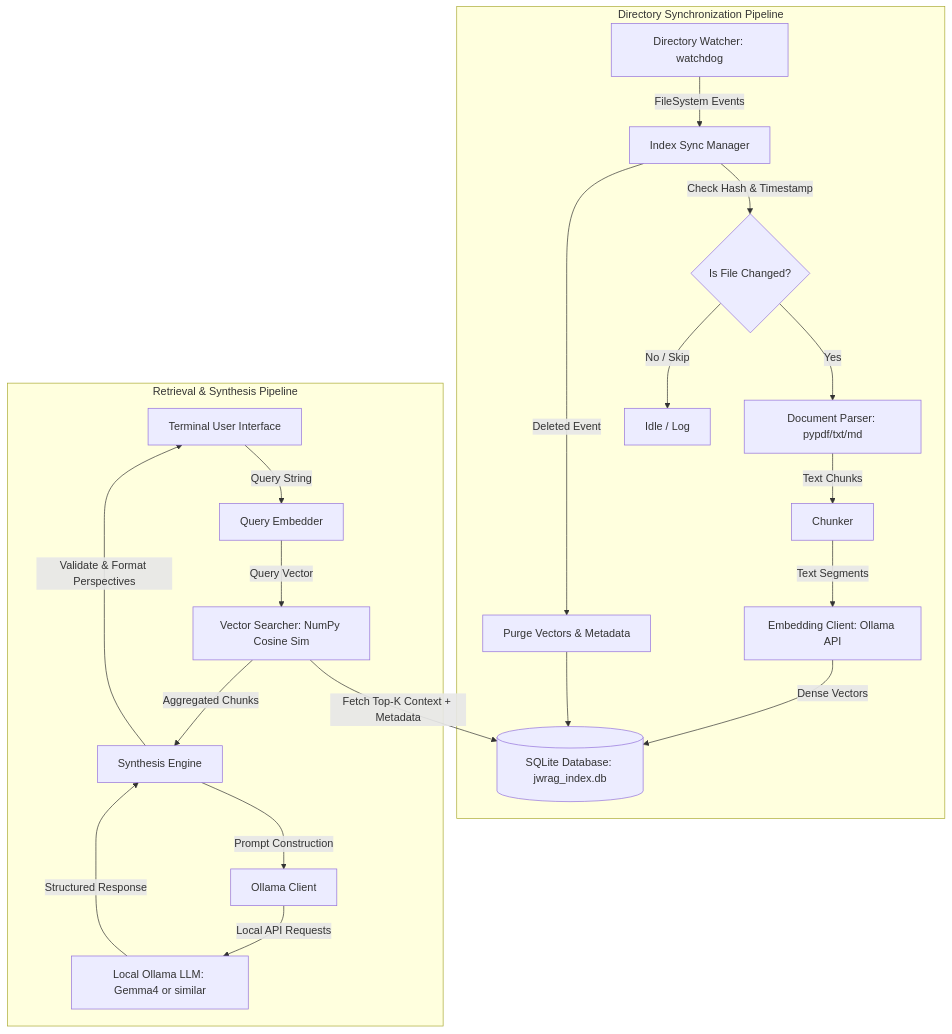
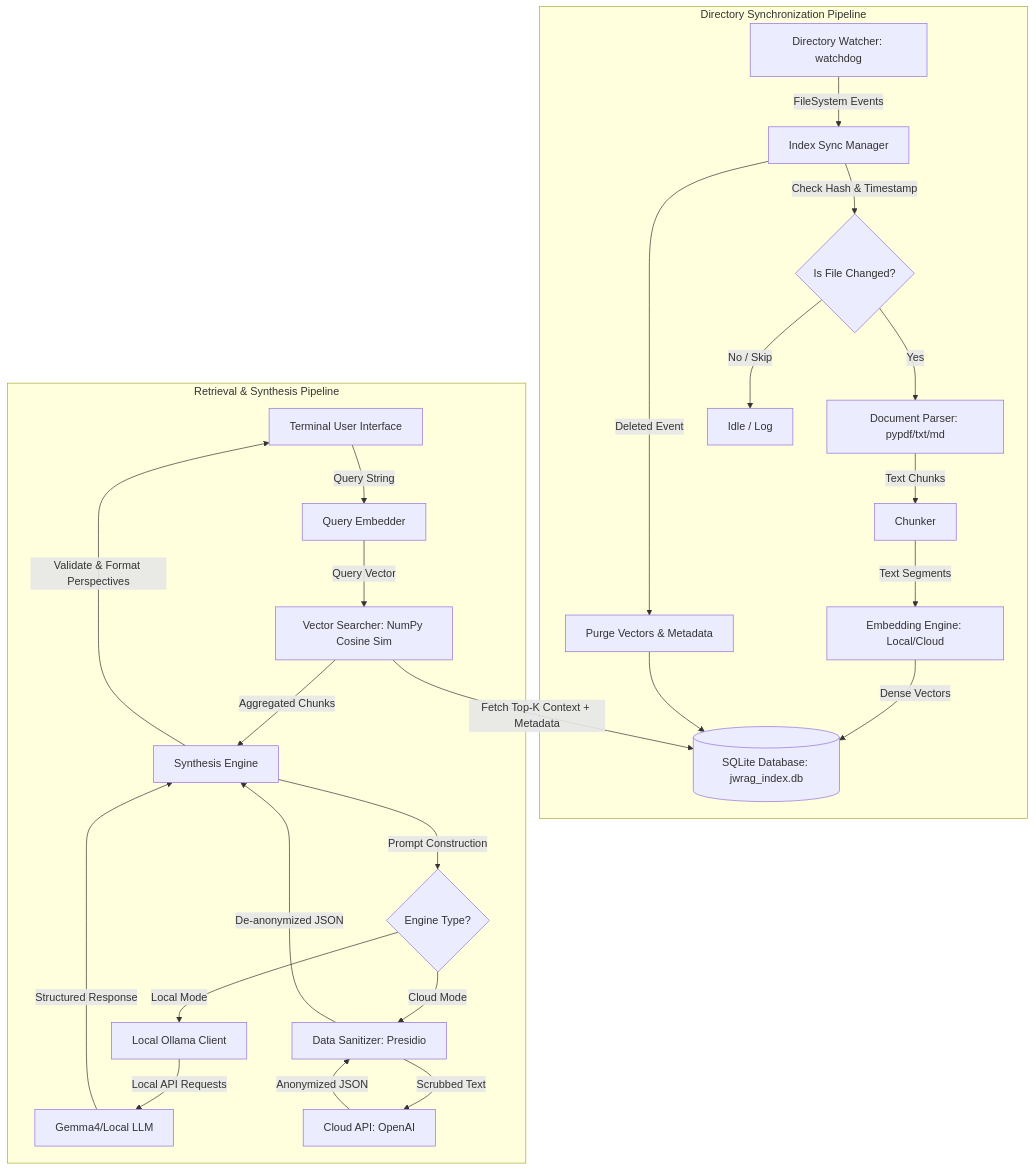
The diagram in README.md (codeja3/jwrag), drawn with Mermaid before and after one commit.

Commit message:
docs: update Mermaid diagram to reflect cloud and local routing

````diff
--- a/README.md
+++ b/README.md
@@ -37,25 +37,33 @@
 ```mermaid
 graph TD
     subgraph Synchronizer [Directory Synchronization Pipeline]
         Watch[Directory Watcher: watchdog] -->|FileSystem Events| SyncMgr[Index Sync Manager]
         SyncMgr -->|Check Hash & Timestamp| DBCheck{Is File Changed?}
         DBCheck -->|Yes| Parse[Document Parser: pypdf/txt/md]
         DBCheck -->|No / Skip| Idle[Idle / Log]
         Parse -->|Text Chunks| Chunk[Chunker]
-        Chunk -->|Text Segments| Embed[Embedding Client: Ollama API]
+        Chunk -->|Text Segments| Embed[Embedding Engine: Local/Cloud]
         Embed -->|Dense Vectors| SQLite[(SQLite Database: jwrag_index.db)]
         SyncMgr -->|Deleted Event| Purge[Purge Vectors & Metadata]
         Purge --> SQLite
     end
 
     subgraph QueryEngine [Retrieval & Synthesis Pipeline]
         TUI[Terminal User Interface] -->|Query String| QueryEmbed[Query Embedder]
         QueryEmbed -->|Query Vector| Search[Vector Searcher: NumPy Cosine Sim]
         Search -->|Fetch Top-K Context + Metadata| SQLite
         Search -->|Aggregated Chunks| Synthesizer[Synthesis Engine]
-        Synthesizer -->|Prompt Construction| OllamaClient[Ollama Client]
-        OllamaClient -->|Local API Requests| LocalOllama[Local Ollama LLM: Gemma4 or similar]
-        LocalOllama -->|Structured Response| Synthesizer
+        Synthesizer -->|Prompt Construction| ConfigRouter{Engine Type?}
+        
+        ConfigRouter -->|Local Mode| LocalOllama[Local Ollama Client]
+        LocalOllama -->|Local API Requests| LocalLLM[Gemma4/Local LLM]
+        LocalLLM -->|Structured Response| Synthesizer
+        
+        ConfigRouter -->|Cloud Mode| Sanitizer[Data Sanitizer: Presidio]
+        Sanitizer -->|Scrubbed Text| CloudAPI[Cloud API: OpenAI]
+        CloudAPI -->|Anonymized JSON| Sanitizer
+        Sanitizer -->|De-anonymized JSON| Synthesizer
+
         Synthesizer -->|Validate & Format Perspectives| TUI
     end
 ```
````
